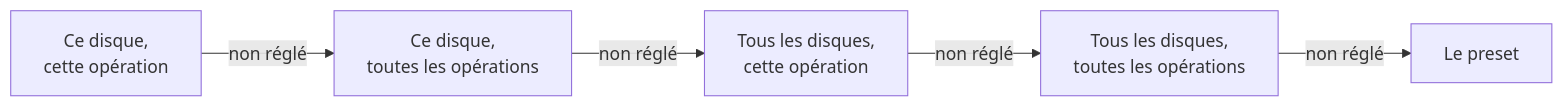
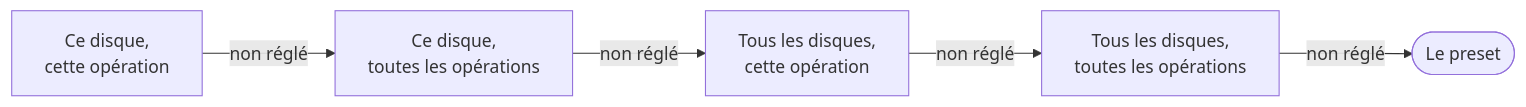
Before and after one commit to FreeProject089/BetterModsManager: the third of 7 diagrams in frontend/assets/docs/fr/how-it-works/resources.md, drawn with Mermaid. The commit also changed other lines of this file and 176 other files, not shown here.

````diff
--- a/frontend/assets/docs/fr/how-it-works/resources.md
+++ b/frontend/assets/docs/fr/how-it-works/resources.md
@@ -156,7 +156,7 @@
 ```mermaid
 flowchart LR
-    A["Ce disque,<br/>cette opération"] -->|"non réglé"| B["Ce disque,<br/>toutes les opérations"]
-    B -->|"non réglé"| C["Tous les disques,<br/>cette opération"]
-    C -->|"non réglé"| D["Tous les disques,<br/>toutes les opérations"]
-    D -->|"non réglé"| E["Le preset"]
+    A["Ce disque,<br/>cette opération"] -- "non réglé" --> B["Ce disque,<br/>toutes les opérations"]
+    B -- "non réglé" --> C["Tous les disques,<br/>cette opération"]
+    C -- "non réglé" --> D["Tous les disques,<br/>toutes les opérations"]
+    D -- "non réglé" --> E(["Le preset"])
 ```
````
